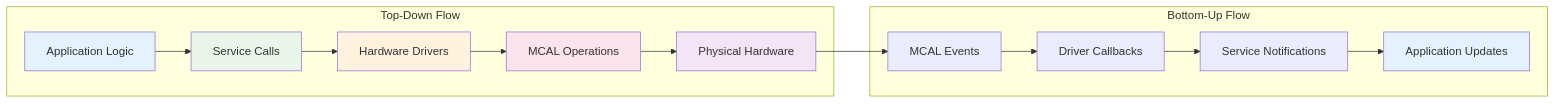
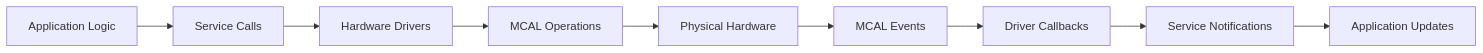
Before and after one commit to abdo-sayed1/Industrial_Predictive_Maintenance_AIoT: the second of 9 diagrams in README.md, drawn with Mermaid. The commit also changed other lines of this file, not shown here.

````diff
--- a/README.md
+++ b/README.md
@@ -174,23 +147,11 @@
 ```mermaid
 graph LR
-    subgraph "Top-Down Flow"
-        A[Application Logic] --> B[Service Calls]
-        B --> C[Hardware Drivers]
-        C --> D[MCAL Operations]
-        D --> E[Physical Hardware]
-    end
-    
-    subgraph "Bottom-Up Flow"
-        E --> F[MCAL Events]
-        F --> G[Driver Callbacks]
-        G --> H[Service Notifications]
-        H --> I[Application Updates]
-    end
-    
-    style A fill:#e3f2fd
-    style B fill:#e8f5e8
-    style C fill:#fff3e0
-    style D fill:#fce4ec
-    style E fill:#f3e5f5
-    style I fill:#e3f2fd
+    A[Application Logic] --> B[Service Calls]
+    B --> C[Hardware Drivers]
+    C --> D[MCAL Operations]
+    D --> E[Physical Hardware]
+    E --> F[MCAL Events]
+    F --> G[Driver Callbacks]
+    G --> H[Service Notifications]
+    H --> I[Application Updates]
 ```
````
